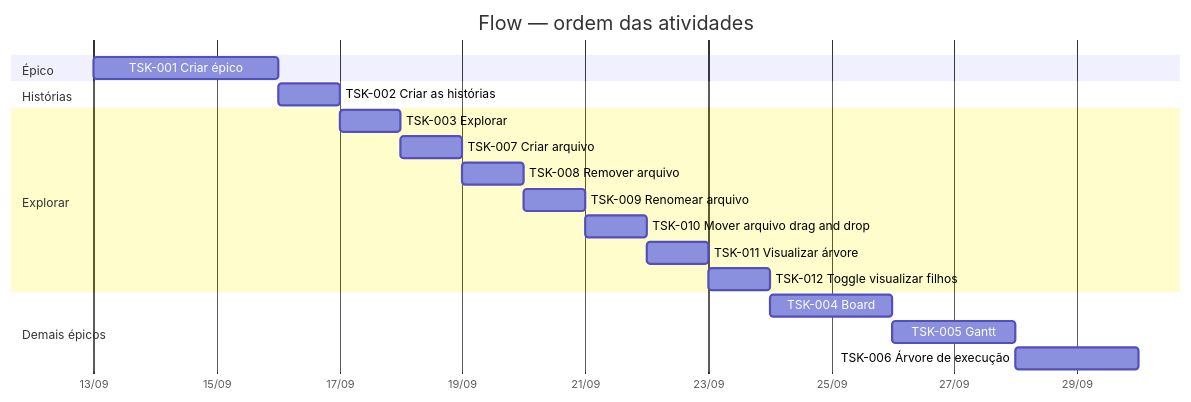
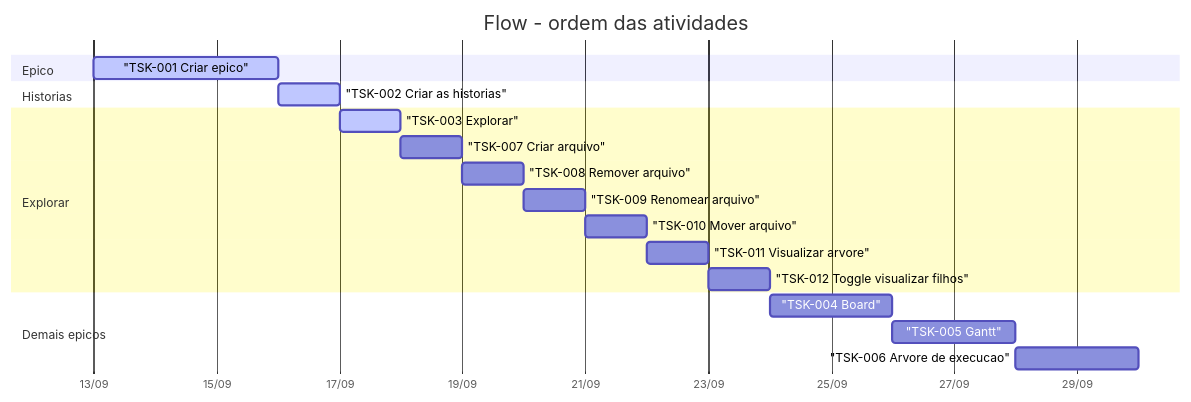
Before and after one commit to laerciogermano/workstation: the diagram in flow/gantt.md, drawn with Mermaid. The commit also changed 1 other file, not shown here.

Commit message:
Refactor task labels in board and Gantt documentation for consistency by removing accents and updating section titles. This improves clarity and standardizes task naming conventions across the project.

````diff
--- a/flow/gantt.md
+++ b/flow/gantt.md
@@ -6,27 +6,26 @@
 ```mermaid
 gantt
-    title Flow — ordem das atividades
+    title Flow - ordem das atividades
     dateFormat YYYY-MM-DD
     axisFormat %d/%m
-    todayMarker off
 
-    section Épico
-    TSK-001 Criar épico                 :t001, 2026-09-13, 3d
+    section Epico
+    "TSK-001 Criar epico"                 :active, t001, 2026-09-13, 3d
 
-    section Histórias
-    TSK-002 Criar as histórias          :t002, after t001, 1d
+    section Historias
+    "TSK-002 Criar as historias"          :active, t002, after t001, 1d
 
     section Explorar
-    TSK-003 Explorar                    :t003, after t002, 1d
-    TSK-007 Criar arquivo               :t007, after t003, 1d
-    TSK-008 Remover arquivo             :t008, after t007, 1d
-    TSK-009 Renomear arquivo            :t009, after t008, 1d
-    TSK-010 Mover arquivo drag and drop :t010, after t009, 1d
-    TSK-011 Visualizar árvore           :t011, after t010, 1d
-    TSK-012 Toggle visualizar filhos    :t012, after t011, 1d
+    "TSK-003 Explorar"                    :active, t003, after t002, 1d
+    "TSK-007 Criar arquivo"               :t007, after t003, 1d
+    "TSK-008 Remover arquivo"             :t008, after t007, 1d
+    "TSK-009 Renomear arquivo"            :t009, after t008, 1d
+    "TSK-010 Mover arquivo"               :t010, after t009, 1d
+    "TSK-011 Visualizar arvore"           :t011, after t010, 1d
+    "TSK-012 Toggle visualizar filhos"    :t012, after t011, 1d
 
-    section Demais épicos
-    TSK-004 Board                       :t004, after t012, 2d
-    TSK-005 Gantt                       :t005, after t004, 2d
-    TSK-006 Árvore de execução          :t006, after t005, 2d
+    section Demais epicos
+    "TSK-004 Board"                       :t004, after t012, 2d
+    "TSK-005 Gantt"                       :t005, after t004, 2d
+    "TSK-006 Arvore de execucao"          :t006, after t005, 2d
 ```
````
